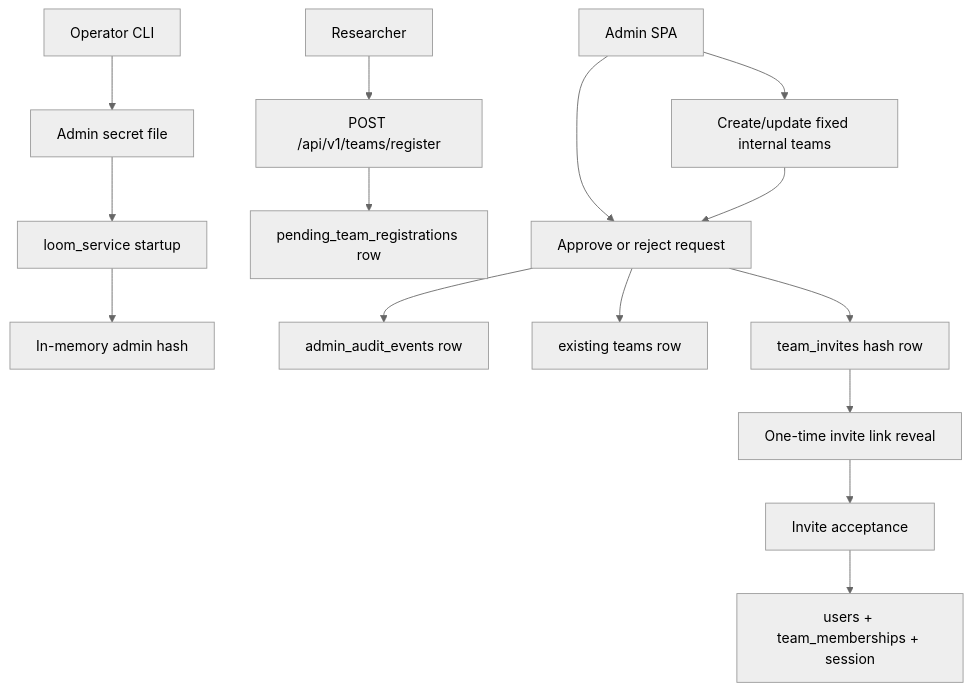
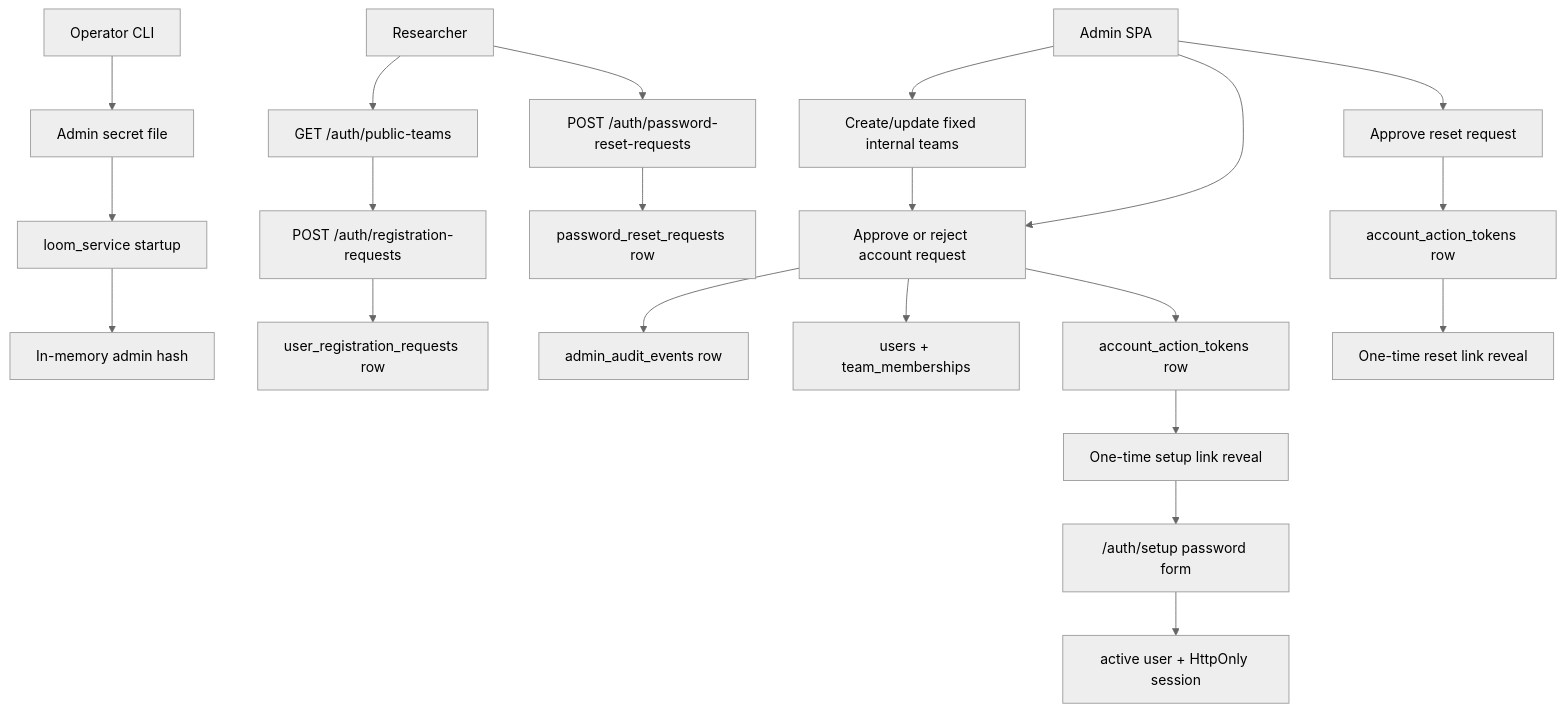
One commit to qianyi-sun/loom changed the diagram in docs/architecture/auth-registration-spec.md. Above: the diagram before and after it, drawn with Mermaid (neutral theme). The commit also changed other lines of this file and 62 other files, not shown here.

````diff
--- a/docs/architecture/auth-registration-spec.md
+++ b/docs/architecture/auth-registration-spec.md
@@ -45,17 +56,23 @@
 ```mermaid
 flowchart TD
   AdminCLI["Operator CLI"] --> SecretFile["Admin secret file"]
   SecretFile --> ServiceStartup["loom_service startup"]
   ServiceStartup --> AdminAuth["In-memory admin hash"]
-  Researcher["Researcher"] --> Register["POST /api/v1/teams/register"]
-  Register --> Pending["pending_team_registrations row"]
   AdminSPA["Admin SPA"] --> Teams["Create/update fixed internal teams"]
-  AdminSPA --> Approve["Approve or reject request"]
+  Researcher["Researcher"] --> PublicTeams["GET /auth/public-teams"]
+  PublicTeams --> Register["POST /auth/registration-requests"]
+  Register --> Pending["user_registration_requests row"]
+  AdminSPA --> Approve["Approve or reject account request"]
   Teams --> Approve
   Approve --> Audit["admin_audit_events row"]
-  Approve --> Team["existing teams row"]
-  Approve --> Invite["team_invites hash row"]
-  Invite --> Reveal["One-time invite link reveal"]
-  Reveal --> Accept["Invite acceptance"]
-  Accept --> Membership["users + team_memberships + session"]
+  Approve --> User["users + team_memberships"]
+  Approve --> SetupToken["account_action_tokens row"]
+  SetupToken --> Reveal["One-time setup link reveal"]
+  Reveal --> Setup["/auth/setup password form"]
+  Setup --> Session["active user + HttpOnly session"]
+  Researcher --> Forgot["POST /auth/password-reset-requests"]
+  Forgot --> ResetPending["password_reset_requests row"]
+  AdminSPA --> ResetApprove["Approve reset request"]
+  ResetApprove --> ResetToken["account_action_tokens row"]
+  ResetToken --> ResetLink["One-time reset link reveal"]
 ```
````
